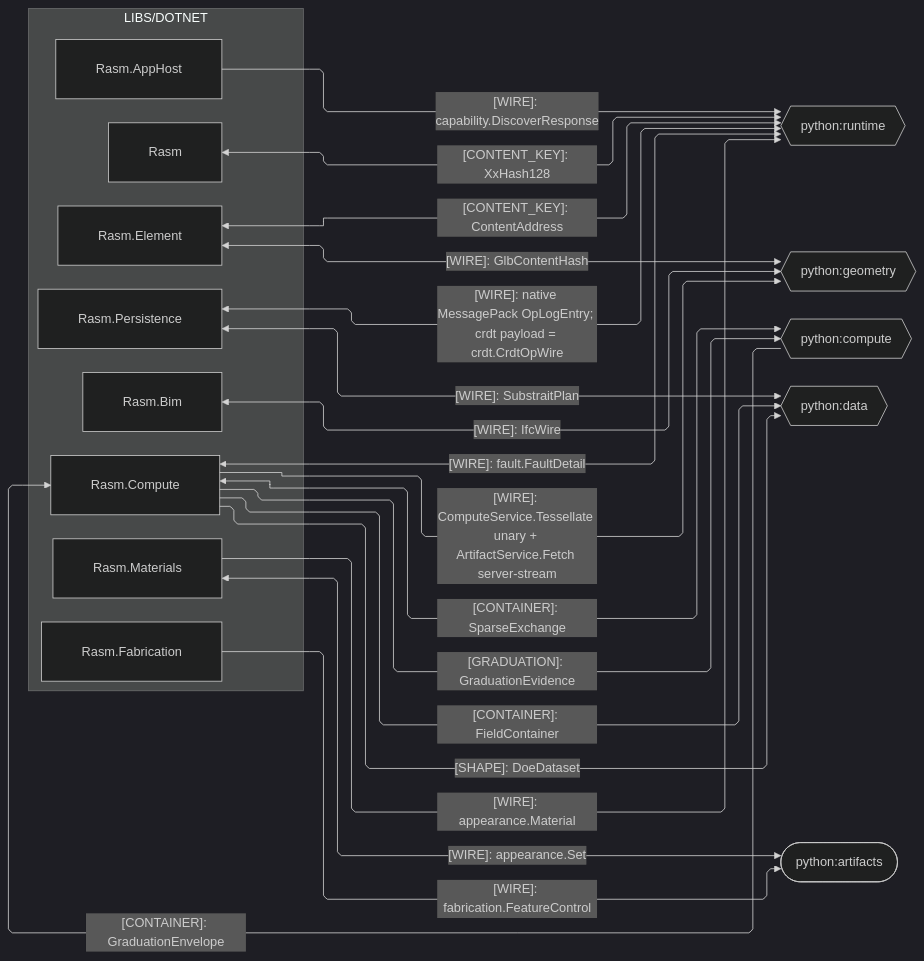
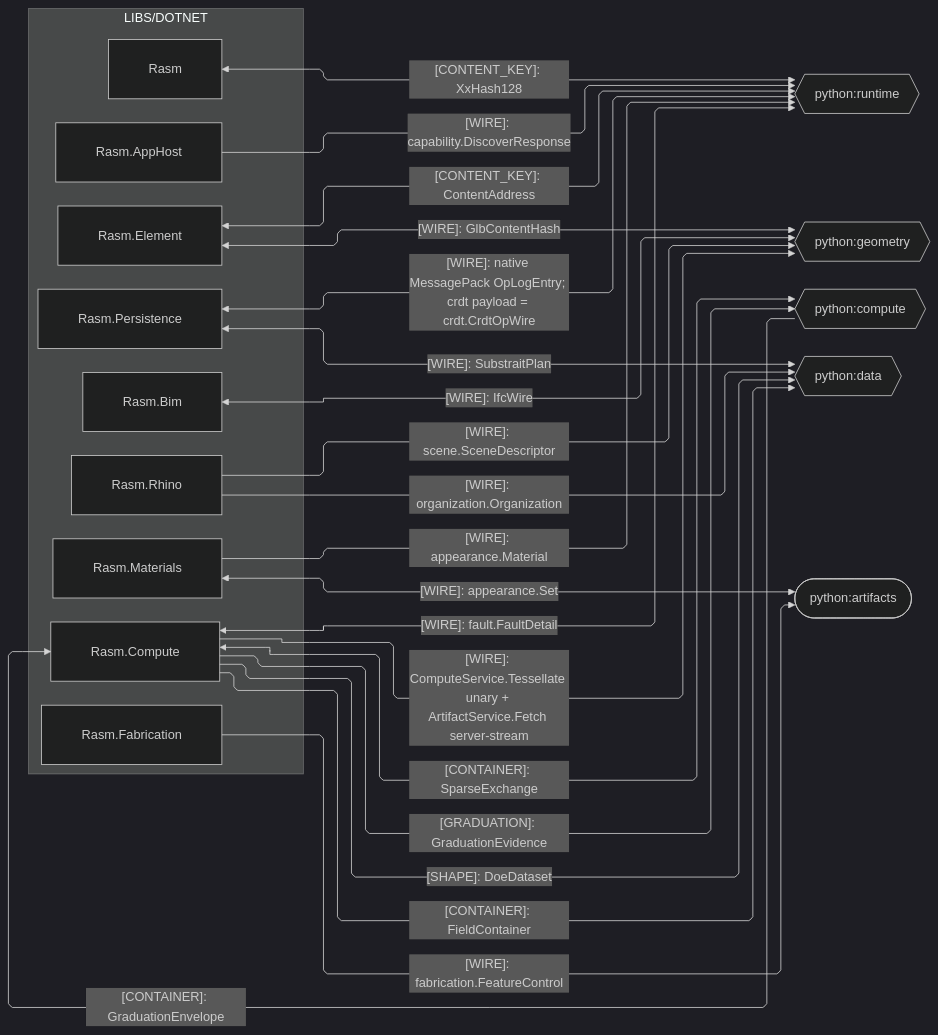
The second of 5 diagrams in libs/dotnet/.planning/ARCHITECTURE.md (bsamiee/Rasm), drawn with Mermaid (dark theme) before and after one commit. The commit also changed other lines of this file and 167 other files, not shown here.

````diff
--- a/libs/dotnet/.planning/ARCHITECTURE.md
+++ b/libs/dotnet/.planning/ARCHITECTURE.md
@@ -128,44 +128,47 @@
 ```mermaid
 ---
 config:
   layout: elk
   flowchart:
     curve: linear
     padding: 25
 ---
 flowchart LR
     accTitle: .NET branch python seam registry
     accDescr: Which kinded contract shapes cross between the .NET packages and their python counterparts.
     subgraph dotnet[LIBS/DOTNET]
         Rasm[Rasm]
         Element[Rasm.Element]
         Bim[Rasm.Bim]
         Materials[Rasm.Materials]
         Fabrication[Rasm.Fabrication]
         AppHost[Rasm.AppHost]
         Compute[Rasm.Compute]
         Persistence[Rasm.Persistence]
+        Rhino[Rasm.Rhino]
     end
     PyRuntime{{python:runtime}}
     PyGeometry{{python:geometry}}
     PyCompute{{python:compute}}
     PyData{{python:data}}
     PyArtifacts([python:artifacts])
     Rasm e1@<-->|"[CONTENT_KEY]: XxHash128"| PyRuntime
     Element e2@<-->|"[WIRE]: GlbContentHash"| PyGeometry
     Element e3@<-->|"[CONTENT_KEY]: ContentAddress"| PyRuntime
     Bim e4@<-->|"[WIRE]: IfcWire"| PyGeometry
     Materials e5@-->|"[WIRE]: appearance.Material"| PyRuntime
     Materials e6@<-->|"[WIRE]: appearance.Set"| PyArtifacts
     Fabrication e7@-->|"[WIRE]: fabrication.FeatureControl"| PyArtifacts
     AppHost e8@-->|"[WIRE]: capability.DiscoverResponse"| PyRuntime
     Compute e9@-->|"[WIRE]: ComputeService.Tessellate unary + ArtifactService.Fetch server-stream"| PyGeometry
     Compute e10@<-->|"[WIRE]: fault.FaultDetail"| PyRuntime
     Compute e11@-->|"[GRADUATION]: GraduationEvidence"| PyCompute
     Compute e12@-->|"[SHAPE]: DoeDataset"| PyData
     Persistence e13@<-->|"[WIRE]: native MessagePack OpLogEntry; crdt payload = crdt.CrdtOpWire"| PyRuntime
     Persistence e14@<-->|"[WIRE]: SubstraitPlan"| PyData
     Compute e15@-->|"[CONTAINER]: FieldContainer"| PyData
     Compute e16@<-->|"[CONTAINER]: SparseExchange"| PyCompute
     PyCompute e17@-->|"[CONTAINER]: GraduationEnvelope"| Compute
+    Rhino e18@-->|"[WIRE]: organization.Organization"| PyData
+    Rhino e19@-->|"[WIRE]: scene.SceneDescriptor"| PyGeometry
 ```
````
